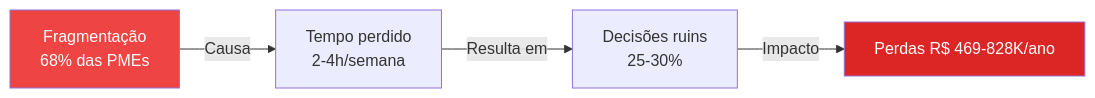
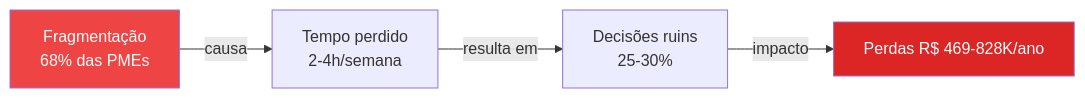
One commit to matheusmendes720/workconnect-tcc changed the fourth of 10 diagrams in documentation/docs/estrategia/proposta-valor.mdx. Above: the diagram before and after it, drawn with Mermaid. The commit also changed other lines of this file and 16 other files, not shown here.

````diff
--- a/documentation/docs/estrategia/proposta-valor.mdx
+++ b/documentation/docs/estrategia/proposta-valor.mdx
@@ -93,9 +134,9 @@
 ```mermaid
 flowchart LR
-    D1["Fragmentação<br/>68% das PMEs"] -->|"Causa"| D2["Tempo perdido<br/>2-4h/semana"]
-    D2 -->|"Resulta em"| D3["Decisões ruins<br/>25-30%"]
-    D3 -->|"Impacto"| D4["Perdas R$ 469-828K/ano"]
-    
+    D1["Fragmentação<br/>68% das PMEs"] -->|causa| D2["Tempo perdido<br/>2-4h/semana"]
+    D2 -->|resulta em| D3["Decisões ruins<br/>25-30%"]
+    D3 -->|impacto| D4["Perdas R$ 469-828K/ano"]
+
     style D1 fill:#ef4444,color:#fff
     style D4 fill:#dc2626,color:#fff
 ```
````
